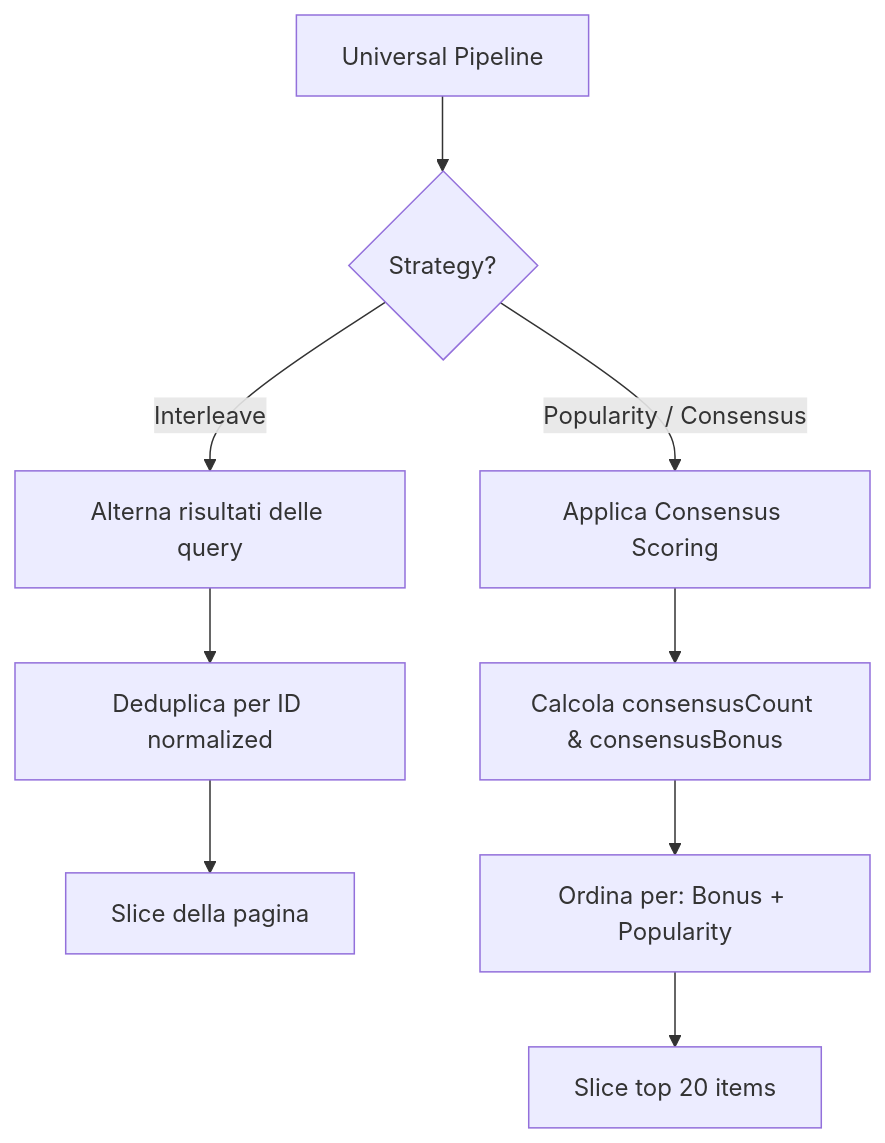
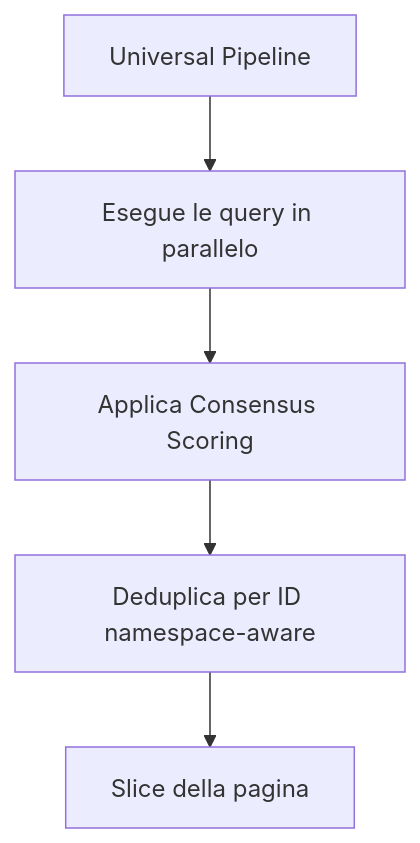
Before and after one commit to gabrielefuoco/YACA: the second of 2 diagrams in docs/CATALOG_LOGIC.md, drawn with Mermaid. The commit also changed other lines of this file and 7 other files, not shown here.

````diff
--- a/docs/CATALOG_LOGIC.md
+++ b/docs/CATALOG_LOGIC.md
@@ -87,13 +92,7 @@
 ```mermaid
-graph TD
-    A[Universal Pipeline] --> B{Strategy?}
-    B -->|Interleave| C[Alterna risultati delle query]
-    B -->|Popularity / Consensus| D[Applica Consensus Scoring]
-    
-    C --> E[Deduplica per ID normalized]
+ graph TD
+    A[Universal Pipeline] --> B[Esegue le query in parallelo]
+    B --> D[Applica Consensus Scoring]
+    D --> E[Deduplica per ID namespace-aware]
     E --> F[Slice della pagina]
-    
-    D --> G[Calcola consensusCount & consensusBonus]
-    G --> H[Ordina per: Bonus + Popularity]
-    H --> I[Slice top 20 items]
 ```
````
